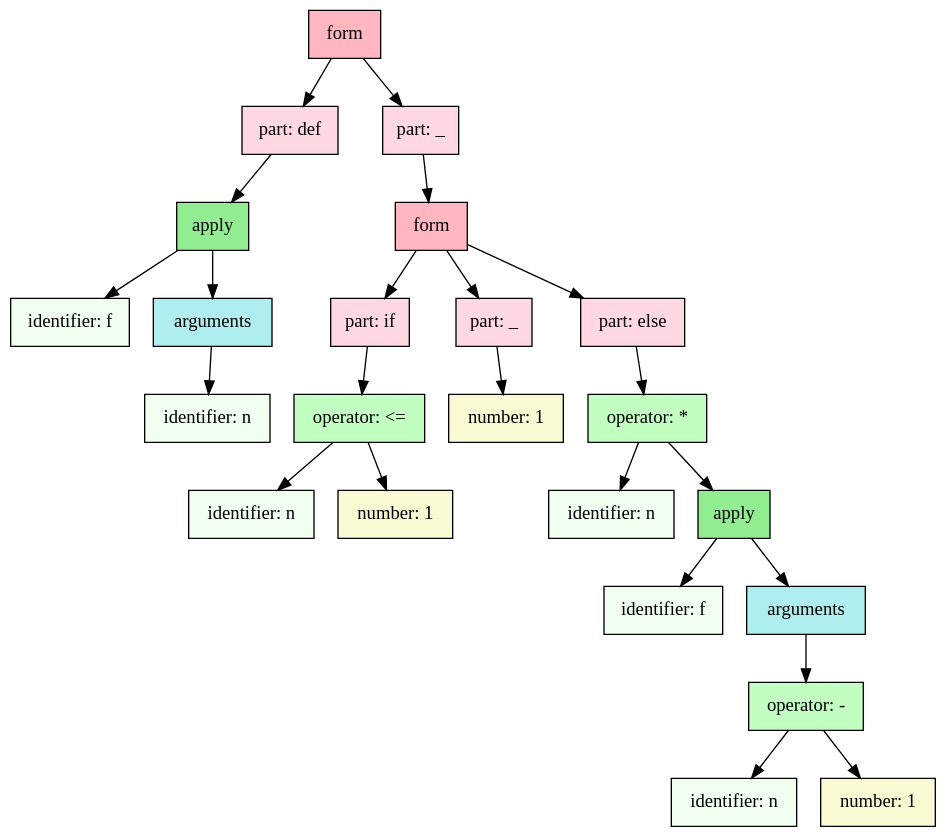
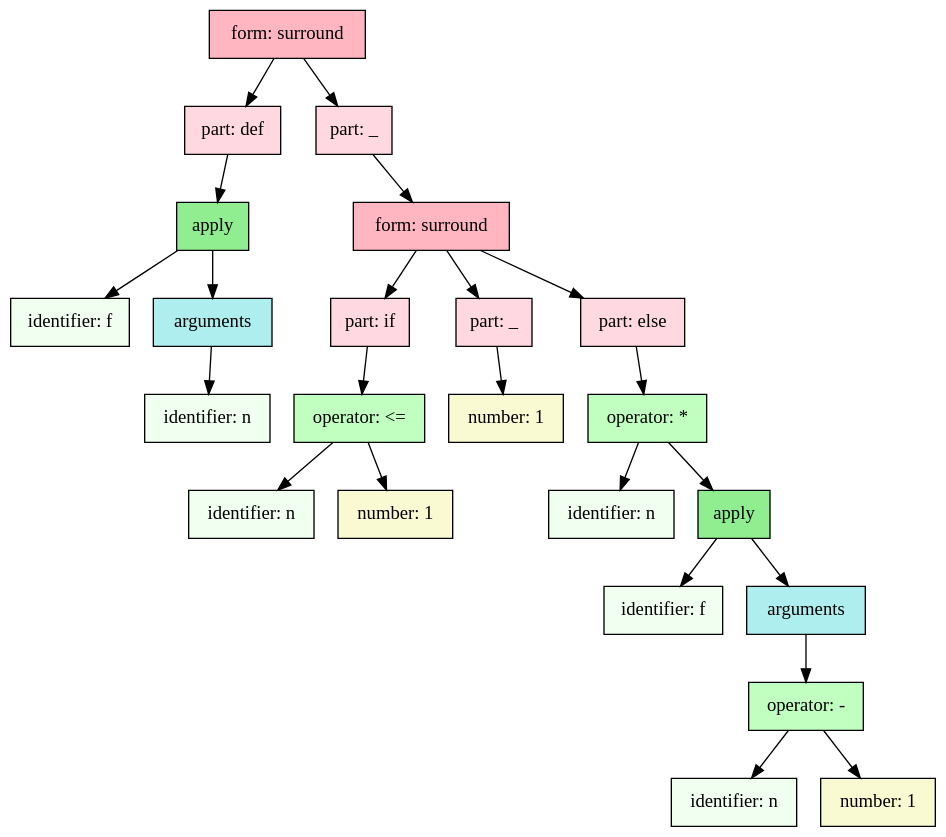
One commit to monogram-project/monogram-go changed the second of 2 diagrams in docs/factorial.md. Above: the diagram before and after it, drawn with Graphviz. The commit also changed other lines of this file and 10 other files, not shown here.

````diff
--- a/docs/factorial.md
+++ b/docs/factorial.md
@@ -343,51 +347,51 @@
 ```dot
 digraph G {
   bgcolor="transparent";
   node [shape="box", style="filled", fontname="Ubuntu Mono"];
-  "138715029685568" [label="form", shape="box", fillcolor="lightpink"];
-  "138715029685648" [label="part: def", shape="box", fillcolor="#FFD8E1"];
-  "138715029685568" -> "138715029685648";
-  "138715029685728" [label="apply", shape="box", fillcolor="lightgreen"];
-  "138715029685648" -> "138715029685728";
-  "138715029685808" [label="identifier: f", shape="box", fillcolor="Honeydew"];
-  "138715029685728" -> "138715029685808";
-  "138715029685888" [label="arguments", shape="box", fillcolor="PaleTurquoise"];
-  "138715029685728" -> "138715029685888";
-  "138715029685968" [label="identifier: n", shape="box", fillcolor="Honeydew"];
-  "138715029685888" -> "138715029685968";
-  "138715029686048" [label="part: _", shape="box", fillcolor="#FFD8E1"];
-  "138715029685568" -> "138715029686048";
-  "138715029686128" [label="form", shape="box", fillcolor="lightpink"];
-  "138715029686048" -> "138715029686128";
-  "138715029686208" [label="part: if", shape="box", fillcolor="#FFD8E1"];
-  "138715029686128" -> "138715029686208";
-  "138715029686288" [label="operator: <=", shape="box", fillcolor="#C0FFC0"];
-  "138715029686208" -> "138715029686288";
-  "138715029686368" [label="identifier: n", shape="box", fillcolor="Honeydew"];
-  "138715029686288" -> "138715029686368";
-  "138715029686448" [label="number: 1", shape="box", fillcolor="lightgoldenrodyellow"];
-  "138715029686288" -> "138715029686448";
-  "138715029686528" [label="part: _", shape="box", fillcolor="#FFD8E1"];
-  "138715029686128" -> "138715029686528";
-  "138715029686608" [label="number: 1", shape="box", fillcolor="lightgoldenrodyellow"];
-  "138715029686528" -> "138715029686608";
-  "138715029686688" [label="part: else", shape="box", fillcolor="#FFD8E1"];
-  "138715029686128" -> "138715029686688";
-  "138715029686768" [label="operator: *", shape="box", fillcolor="#C0FFC0"];
-  "138715029686688" -> "138715029686768";
-  "138715029686848" [label="identifier: n", shape="box", fillcolor="Honeydew"];
-  "138715029686768" -> "138715029686848";
-  "138715029686928" [label="apply", shape="box", fillcolor="lightgreen"];
-  "138715029686768" -> "138715029686928";
-  "138715029687088" [label="identifier: f", shape="box", fillcolor="Honeydew"];
-  "138715029686928" -> "138715029687088";
-  "138715029687248" [label="arguments", shape="box", fillcolor="PaleTurquoise"];
-  "138715029686928" -> "138715029687248";
-  "138715029687408" [label="operator: -", shape="box", fillcolor="#C0FFC0"];
-  "138715029687248" -> "138715029687408";
-  "138715029687568" [label="identifier: n", shape="box", fillcolor="Honeydew"];
-  "138715029687408" -> "138715029687568";
-  "138715029687728" [label="number: 1", shape="box", fillcolor="lightgoldenrodyellow"];
-  "138715029687408" -> "138715029687728";
+  "137831330941504" [label="form: surround", shape="box", fillcolor="lightpink"];
+  "137831330941584" [label="part: def", shape="box", fillcolor="#FFD8E1"];
+  "137831330941504" -> "137831330941584";
+  "137831330941664" [label="apply", shape="box", fillcolor="lightgreen"];
+  "137831330941584" -> "137831330941664";
+  "137831330941744" [label="identifier: f", shape="box", fillcolor="Honeydew"];
+  "137831330941664" -> "137831330941744";
+  "137831330941824" [label="arguments", shape="box", fillcolor="PaleTurquoise"];
+  "137831330941664" -> "137831330941824";
+  "137831330941904" [label="identifier: n", shape="box", fillcolor="Honeydew"];
+  "137831330941824" -> "137831330941904";
+  "137831330941984" [label="part: _", shape="box", fillcolor="#FFD8E1"];
+  "137831330941504" -> "137831330941984";
+  "137831330942064" [label="form: surround", shape="box", fillcolor="lightpink"];
+  "137831330941984" -> "137831330942064";
+  "137831330942144" [label="part: if", shape="box", fillcolor="#FFD8E1"];
+  "137831330942064" -> "137831330942144";
+  "137831330942224" [label="operator: <=", shape="box", fillcolor="#C0FFC0"];
+  "137831330942144" -> "137831330942224";
+  "137831330942304" [label="identifier: n", shape="box", fillcolor="Honeydew"];
+  "137831330942224" -> "137831330942304";
+  "137831330942384" [label="number: 1", shape="box", fillcolor="lightgoldenrodyellow"];
+  "137831330942224" -> "137831330942384";
+  "137831330942464" [label="part: _", shape="box", fillcolor="#FFD8E1"];
+  "137831330942064" -> "137831330942464";
+  "137831330942544" [label="number: 1", shape="box", fillcolor="lightgoldenrodyellow"];
+  "137831330942464" -> "137831330942544";
+  "137831330942624" [label="part: else", shape="box", fillcolor="#FFD8E1"];
+  "137831330942064" -> "137831330942624";
+  "137831330942704" [label="operator: *", shape="box", fillcolor="#C0FFC0"];
+  "137831330942624" -> "137831330942704";
+  "137831330942784" [label="identifier: n", shape="box", fillcolor="Honeydew"];
+  "137831330942704" -> "137831330942784";
+  "137831330942864" [label="apply", shape="box", fillcolor="lightgreen"];
+  "137831330942704" -> "137831330942864";
+  "137831330943024" [label="identifier: f", shape="box", fillcolor="Honeydew"];
+  "137831330942864" -> "137831330943024";
+  "137831330943184" [label="arguments", shape="box", fillcolor="PaleTurquoise"];
+  "137831330942864" -> "137831330943184";
+  "137831330943344" [label="operator: -", shape="box", fillcolor="#C0FFC0"];
+  "137831330943184" -> "137831330943344";
+  "137831330943504" [label="identifier: n", shape="box", fillcolor="Honeydew"];
+  "137831330943344" -> "137831330943504";
+  "137831330943664" [label="number: 1", shape="box", fillcolor="lightgoldenrodyellow"];
+  "137831330943344" -> "137831330943664";
 }
 ```
````
